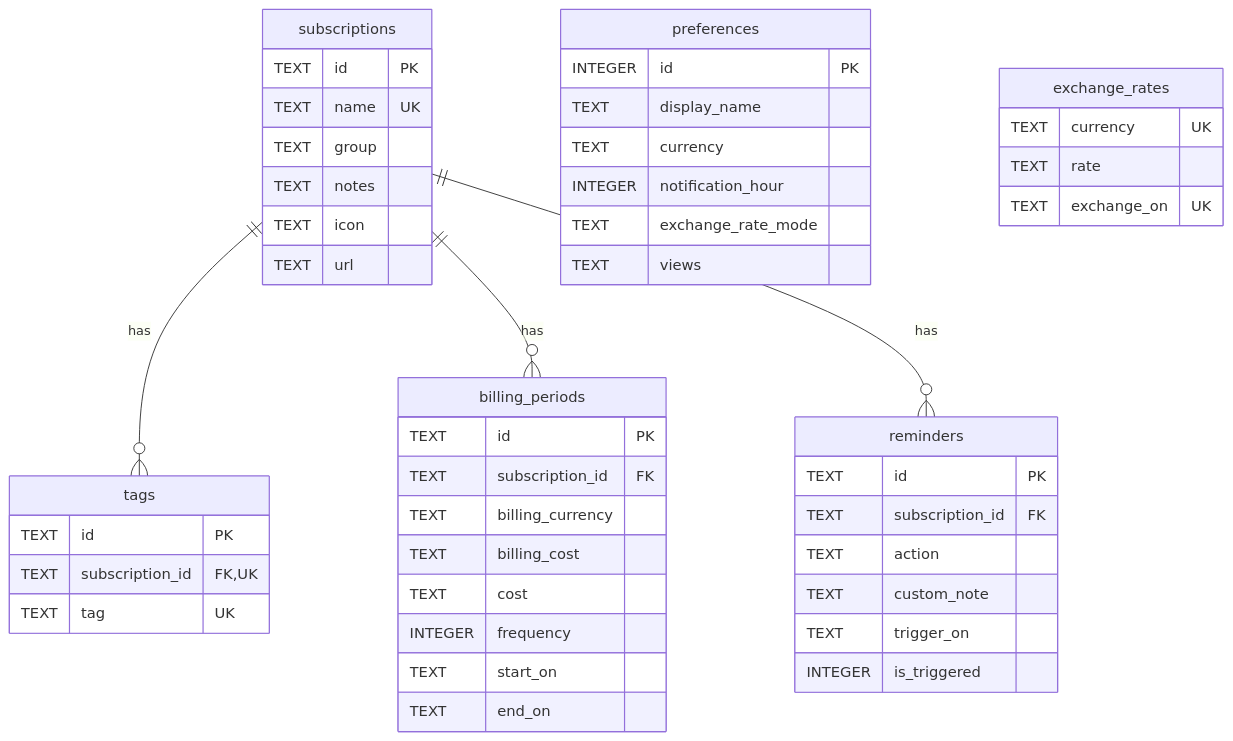
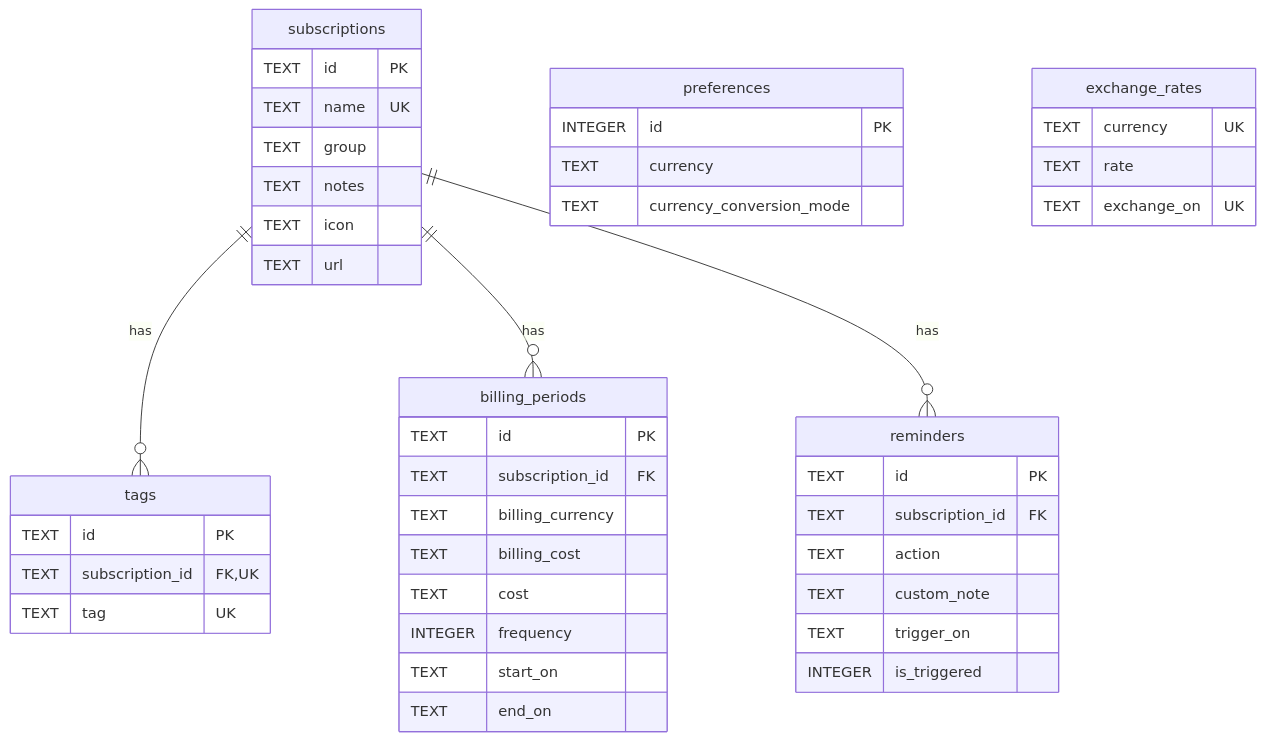
Before and after one commit to skarabasakis/subtill: the diagram in docs/adr/20261018-db-schema.md, drawn with Mermaid. The commit also changed other lines of this file and 1 other file, not shown here.

````diff
--- a/docs/adr/20261018-db-schema.md
+++ b/docs/adr/20261018-db-schema.md
@@ -17,50 +17,47 @@
 ```mermaid
 erDiagram
   subscriptions {
     TEXT id PK
     TEXT name UK
     TEXT group
     TEXT notes
     TEXT icon
     TEXT url
   }
   tags {
     TEXT id PK
     TEXT subscription_id FK, UK
     TEXT tag UK
   }
   billing_periods {
     TEXT id PK
     TEXT subscription_id FK
     TEXT billing_currency
     TEXT billing_cost
     TEXT cost
     INTEGER frequency
     TEXT start_on
     TEXT end_on
   }
   reminders {
     TEXT id PK
     TEXT subscription_id FK
     TEXT action
     TEXT custom_note
     TEXT trigger_on
     INTEGER is_triggered
   }
   preferences {
     INTEGER id PK
-    TEXT display_name
     TEXT currency
-    INTEGER notification_hour
-    TEXT exchange_rate_mode
-    TEXT views
+    TEXT currency_conversion_mode
   }
   exchange_rates {
     TEXT currency UK
     TEXT rate
     TEXT exchange_on UK
   }
   subscriptions ||--o{ tags : has
   subscriptions ||--o{ billing_periods : has
   subscriptions ||--o{ reminders : has
 ```
````
